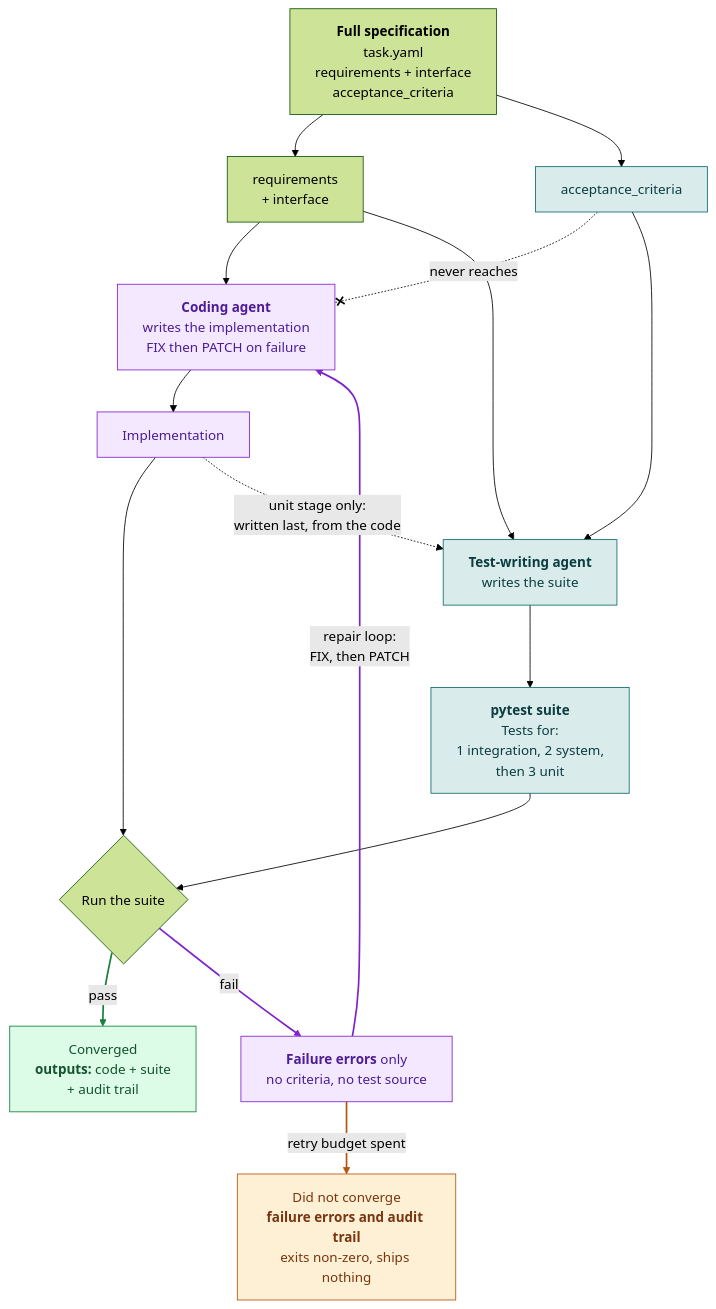
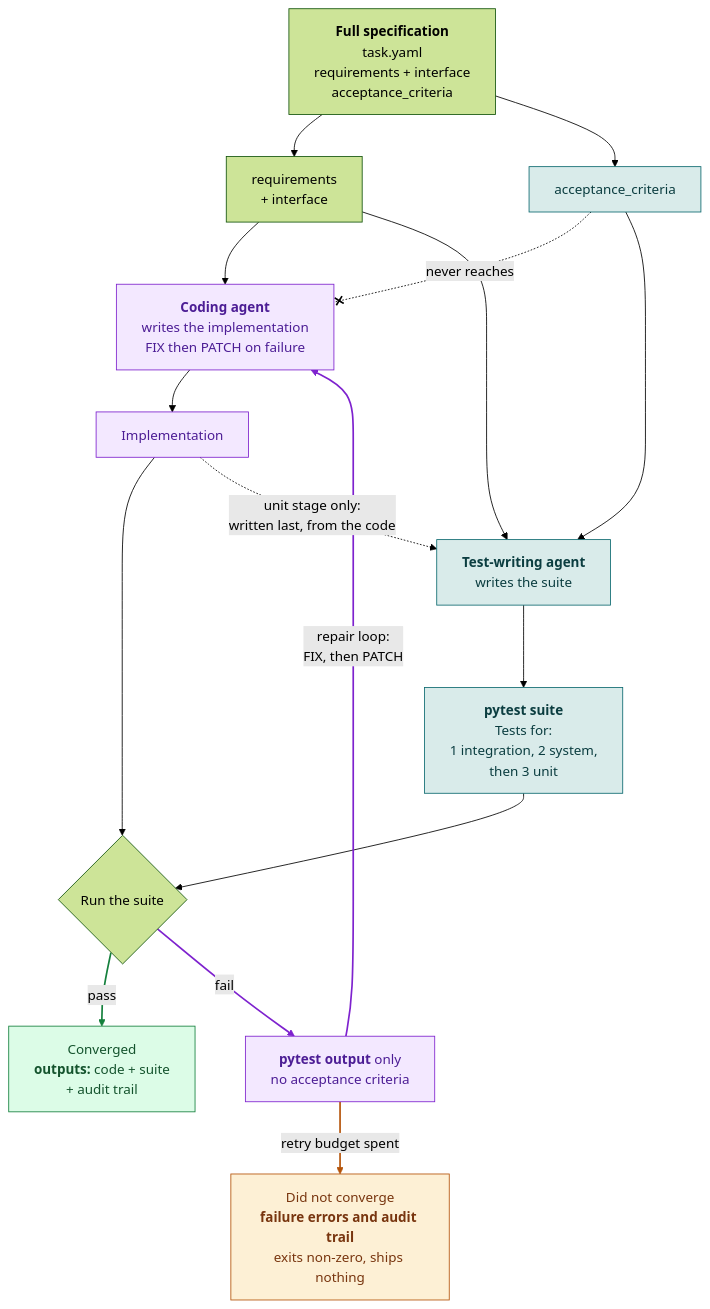
Before and after one commit to gal-a/qikly: the diagram in docs/design_1_case_study.md, drawn with Mermaid (forest theme). The commit also changed other lines of this file and 18 other files, not shown here.

````diff
--- a/docs/design_1_case_study.md
+++ b/docs/design_1_case_study.md
@@ -34,42 +34,42 @@
 ```mermaid
 flowchart TD
     SPEC["<b>Full specification</b><br/>task.yaml<br/>requirements + interface<br/>acceptance_criteria"]
     REQ["requirements<br/>+ interface"]
     AC["acceptance_criteria"]
     CODE["<b>Coding agent</b><br/>writes the implementation<br/>FIX then PATCH on failure"]
     TEST["<b>Test-writing agent</b><br/>writes the suite"]
     IMPL["Implementation"]
     SUITE["<b>pytest suite</b><br/>Tests for:<br/>1 integration, 2 system,<br/>then 3 unit"]
     RUN{"Run the suite"}
-    FAIL["<b>Failure errors</b> only<br/>no criteria, no test source"]
+    FAIL["<b>pytest output</b> only<br/>no acceptance criteria"]
     OUT["Converged<br/><b>outputs:</b> code + suite<br/>+ audit trail"]
     STALL["Did not converge<br/><b>failure errors and audit trail</b><br/>exits non-zero, ships nothing"]
 
     SPEC --> REQ
     SPEC --> AC
     AC -. "never reaches" .-x CODE
     REQ --> CODE
     REQ --> TEST
     AC --> TEST
     CODE --> IMPL
     TEST --> SUITE
     IMPL --> RUN
     SUITE --> RUN
     RUN -- pass --> OUT
     RUN -- fail --> FAIL
     FAIL -- "repair loop:<br/>FIX, then PATCH" --> CODE
     FAIL -- "retry budget spent" --> STALL
     IMPL -. "unit stage only:<br/>written last, from the code" .-> TEST
 
     classDef codeView fill:#f3e8ff,stroke:#7e22ce,color:#4c1d95
     classDef standardView fill:#d9ebea,stroke:#0e6a70,color:#0b3d40
     classDef converged fill:#dcfce7,stroke:#15803d,color:#14532d
     classDef stalled fill:#fdf0d5,stroke:#b45309,color:#78350f
     class CODE,IMPL,FAIL codeView
     class AC,TEST,SUITE standardView
     class OUT converged
     class STALL stalled
     linkStyle 10 stroke:#15803d,stroke-width:2px
     linkStyle 11,12 stroke:#7e22ce,stroke-width:2px
     linkStyle 13 stroke:#b45309,stroke-width:2px
 ```
````
